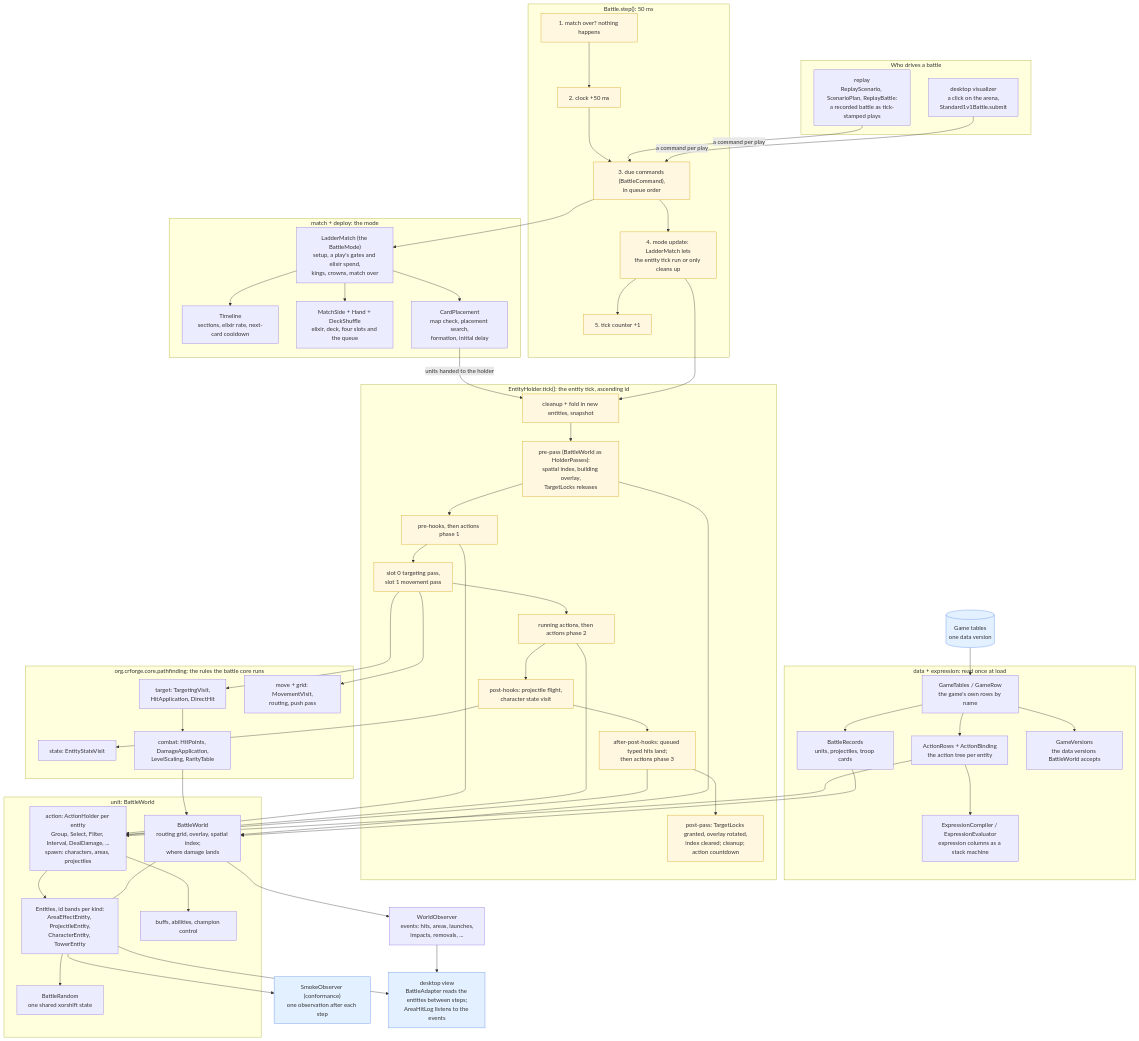
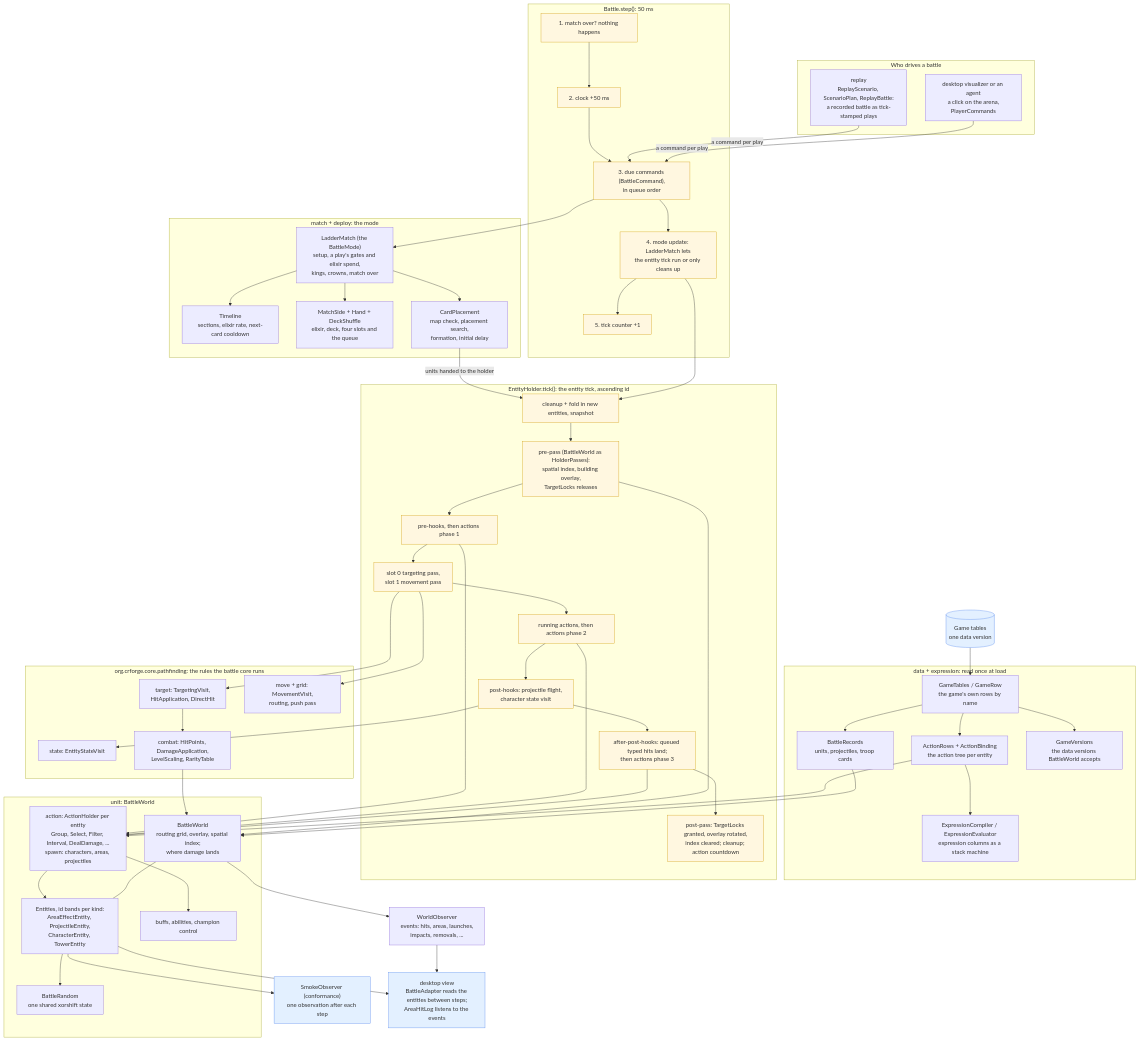
One commit to voonhous/crforge changed the diagram in docs/battle-core.md. Above: the diagram before and after it, drawn with Mermaid. The commit also changed other lines of this file and 7 other files, not shown here.

```diff
--- a/docs/battle-core.md
+++ b/docs/battle-core.md
@@ -188,7 +188,7 @@
 
   subgraph INPUT["Who drives a battle"]
     RP["replay<br/>ReplayScenario, ScenarioPlan, ReplayBattle:<br/>a recorded battle as tick-stamped plays"]
-    VIS["desktop visualizer<br/>a click on the arena,<br/>Standard1v1Battle.submit"]
+    VIS["desktop visualizer or an agent<br/>a click on the arena,<br/>PlayerCommands"]
   end
 
   subgraph DATA["data + expression: read once at load"]
```
